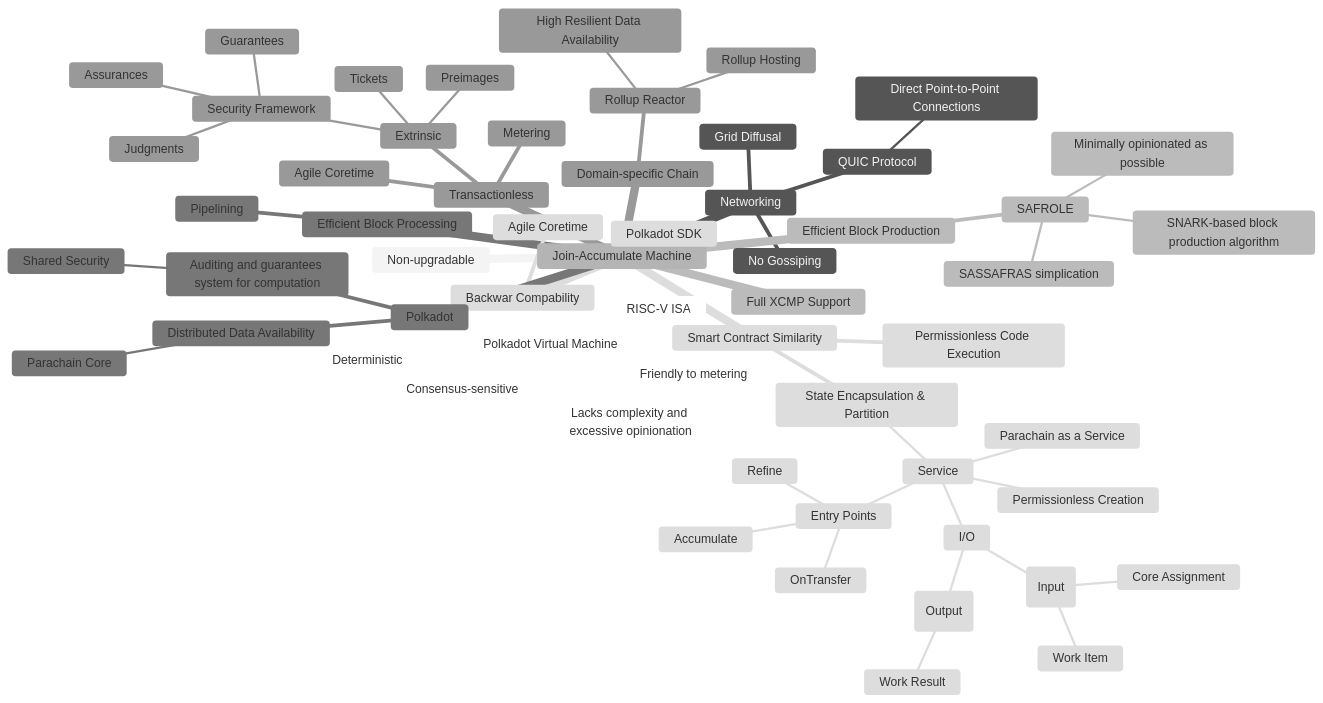
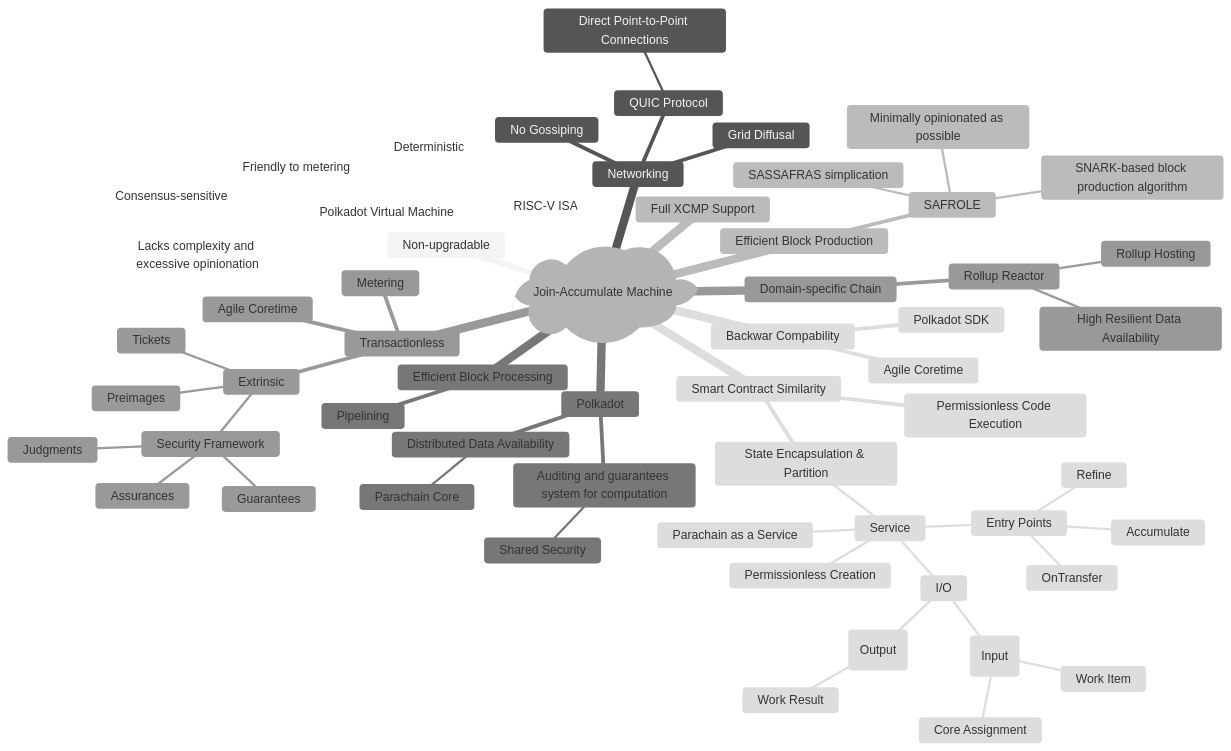
One commit to openguild-labs/learn-jam changed the diagram in README.md. Above: the diagram before and after it, drawn with Mermaid (neutral theme).

````diff
--- a/README.md
+++ b/README.md
@@ -4,62 +4,62 @@
 ```mermaid
 mindmap
-  Join-Accumulate Machine
+  id)Join-Accumulate Machine(
     Non-upgradable
     Networking
       QUIC Protocol
         Direct Point-to-Point Connections
       No Gossiping
       Grid Diffusal
     Efficient Block Production
       SAFROLE
         SASSAFRAS simplication
         Minimally opinionated as possible
         SNARK-based block production algorithm
     Efficient Block Processing
       Pipelining 
     Domain-specific Chain
       Rollup Reactor
         High Resilient Data Availability
         Rollup Hosting
     Smart Contract Similarity
       Permissionless Code Execution
       State Encapsulation & Partition
         Service
           I/O
             Work Package (Input)
               Work Item
               Core Assignment
             Work Report (Output)
               Work Result
           Parachain as a Service
           Permissionless Creation
           Entry Points
             Refine
             Accumulate
             OnTransfer
     Polkadot Virtual Machine
       RISC-V ISA
       Deterministic
       Consensus-sensitive
       Friendly to metering
       Lacks complexity and excessive opinionation
     Backwar Compability
       Polkadot SDK
       Agile Coretime
     Full XCMP Support
     Transactionless
       Metering
       Agile Coretime
       Extrinsic
         Security Framework
           Guarantees
           Assurances
           Judgments
         Preimages
         Tickets
     Polkadot
       Distributed Data Availability
         Parachain Core
       Auditing and guarantees system for computation
         Shared Security
 ```
````
